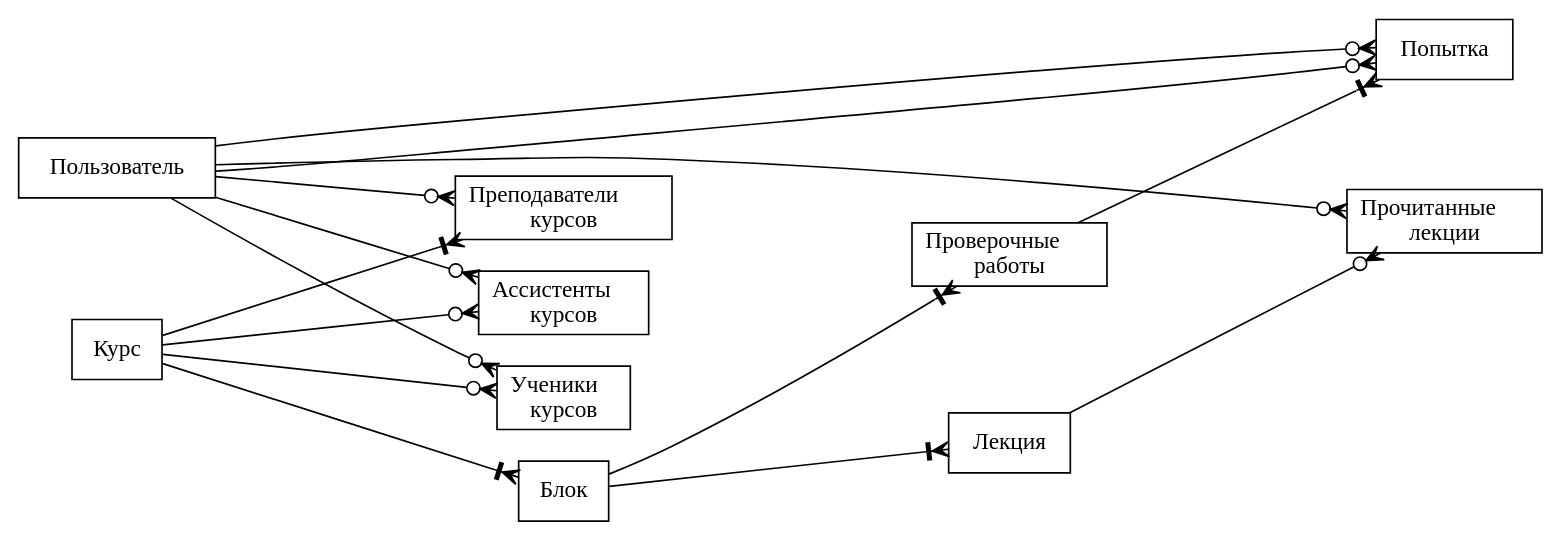
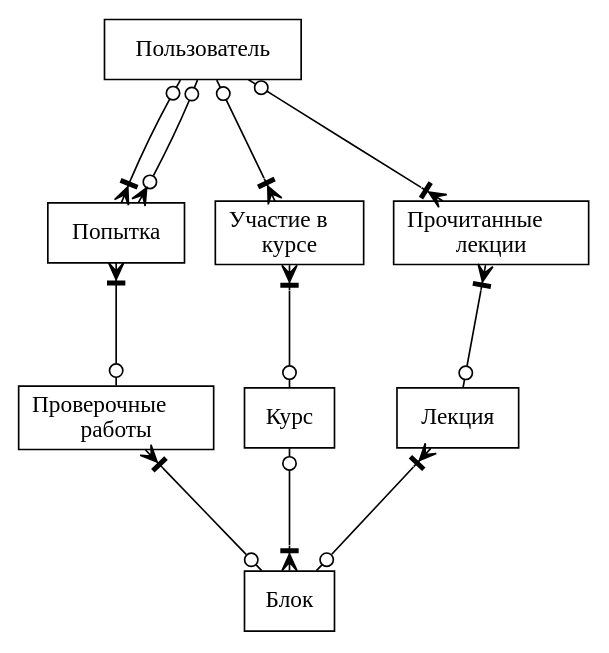
The diagram in Text/schemas/RDB.dot (AsciiShell/DB_project), drawn with Graphviz before and after one commit. The commit also changed 1 other file, not shown here.

Commit message:
Update schema

```diff
--- a/Text/schemas/RDB.dot
+++ b/Text/schemas/RDB.dot
@@ -1,33 +1,27 @@
 digraph ERD {
-  graph [   rankdir = "LR" ];
-  ranksep=2;
+  ranksep=1;
 
   User [ label="{<F> Пользователь}" shape = "record" ];
   Course [ label="{<F> Курс}" shape = "record" ];
   Block [ label="{<F> Блок}" shape = "record" ];
   Task [ label="{<F> Проверочные\l работы}" shape = "record" ];
   Solution [ label="{<F> Попытка}" shape = "record" ];
   Lecture [ label="{<F> Лекция}" shape = "record" ];
-  CourseTeachers [ label="{<F> Преподаватели \l курсов}" shape = "record" ];
-  CourseAssistent [ label="{<F> Ассистенты \l курсов}" shape = "record" ];
-  CourseStudents [ label="{<F> Ученики \l курсов}" shape = "record" ];
+  CourseEnroll [ label="{<F> Участие&nbsp;в\l курсе}" shape = "record" ];
   LectureReaded [ label="{<F> Прочитанные \l лекции}" shape = "record" ];
  
-  User->CourseStudents [arrowhead = crowodot];
-  User->CourseTeachers [arrowhead = crowodot];
-  User->CourseAssistent [arrowhead = crowodot];
+  User->CourseEnroll [arrowhead = crowotee, arrowtail = noneodot, dir=both];
+  User->LectureReaded[arrowhead = crowotee, arrowtail = noneodot, dir=both];
+  User->Solution[arrowhead = crowotee, arrowtail = noneodot, dir=both];
+  User->Solution[arrowhead = crowodot, arrowtail = noneodot, dir=both];
   
-  Course->CourseStudents [arrowhead = crowodot];
-  Course->CourseTeachers [arrowhead = crowtee];
-  Course->CourseAssistent [arrowhead = crowodot];
+  Solution->Task[arrowhead = noneodot, arrowtail = crowotee, dir=both];
+  CourseEnroll->Course [arrowhead = noneodot, arrowtail = crowotee, dir=both];
+  LectureReaded->Lecture[arrowhead = noneodot, arrowtail = crowotee, dir=both];
   
-  Course->Block[arrowhead = crowtee];
-  Block->Lecture[arrowhead = crowtee];
-  Block->Task[arrowhead = crowtee];
-  Task->Solution[arrowhead = crowtee];
-  User->Solution[arrowhead = crowodot];
-  User->Solution[arrowhead = crowodot];
+  Task->Block[arrowhead = noneodot, arrowtail = crowotee, dir=both];
+  Course->Block[arrowhead = crowotee, arrowtail = noneodot, dir=both];
+  Lecture->Block[arrowhead = noneodot, arrowtail = crowotee, dir=both];
   
-  User->LectureReaded[arrowhead = crowodot];
-  Lecture->LectureReaded[arrowhead = crowodot];
+  { rank=same; Solution CourseEnroll LectureReaded }
 }
```
